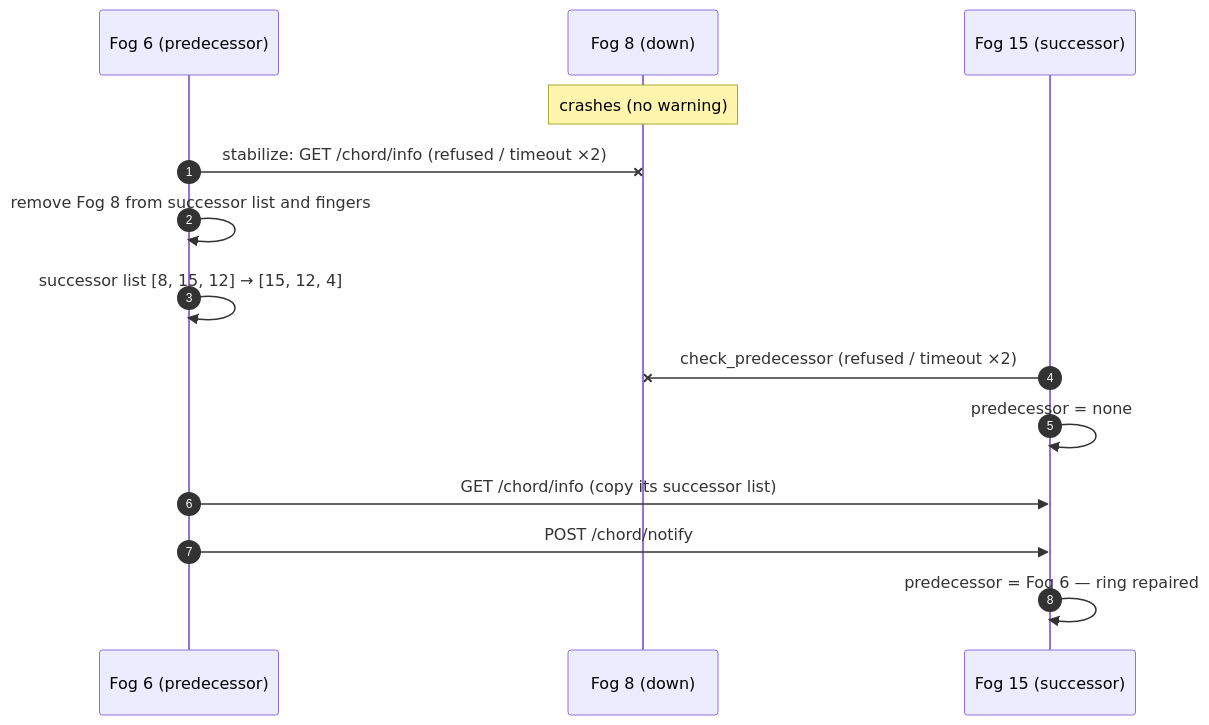
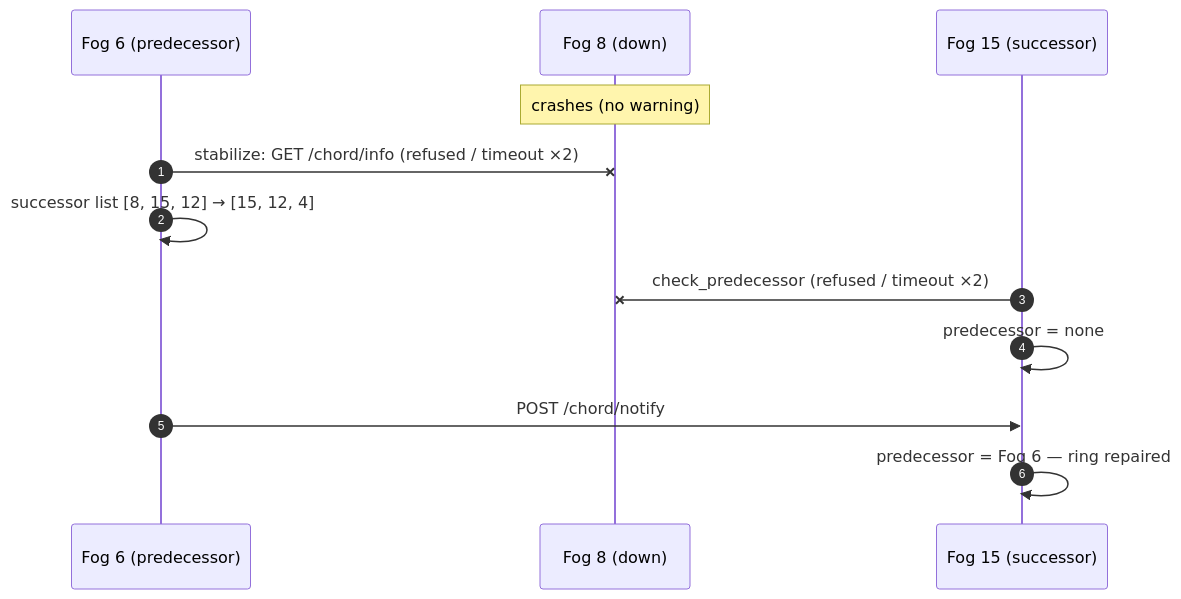
One commit to JoaoAccorsi/human-trail-in-the-fog changed the diagram in README.md. Above: the diagram before and after it, drawn with Mermaid. The commit also changed other lines of this file and 38 other files, not shown here.

````diff
--- a/README.md
+++ b/README.md
@@ -399,17 +321,14 @@
 ```mermaid
 sequenceDiagram
     autonumber
     participant F6 as Fog 6 (predecessor)
     participant F8 as Fog 8 (down)
     participant F15 as Fog 15 (successor)
-
     Note over F8: crashes (no warning)
     F6-xF8: stabilize: GET /chord/info (refused / timeout ×2)
-    F6->>F6: remove Fog 8 from successor list and fingers
     F6->>F6: successor list [8, 15, 12] → [15, 12, 4]
     F15-xF8: check_predecessor (refused / timeout ×2)
     F15->>F15: predecessor = none
-    F6->>F15: GET /chord/info (copy its successor list)
     F6->>F15: POST /chord/notify
     F15->>F15: predecessor = Fog 6 — ring repaired
 ```
````
